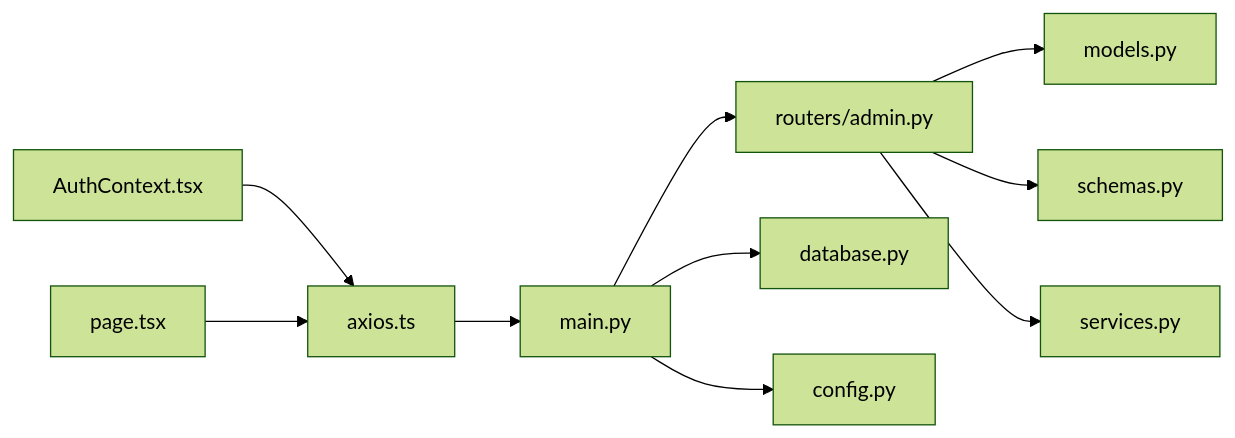
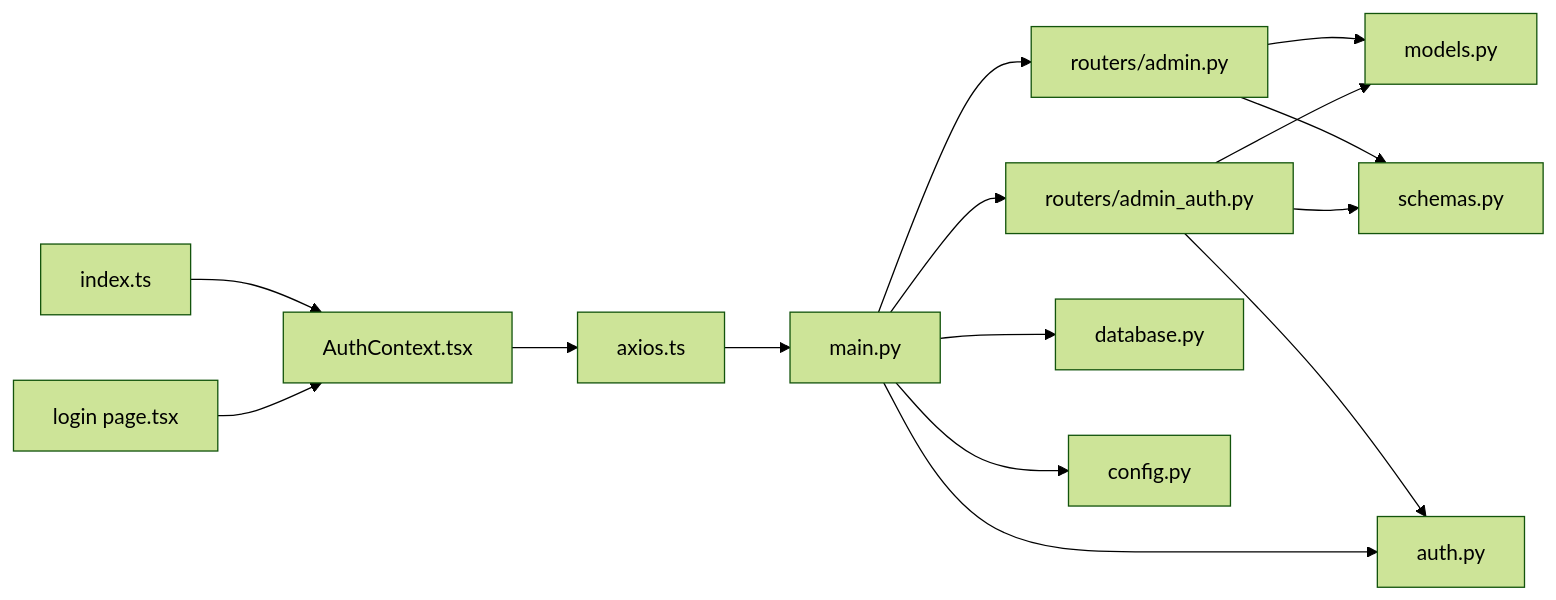
Before and after one commit to KunLabAI/KunFlix: the eighth of 8 diagrams in .qoder/repowiki/zh/content/后端开发指南/API路由系统/管理员管理API.md, drawn with Mermaid (forest theme). The commit also changed other lines of this file and 4 other files, not shown here.

````diff
--- a/.qoder/repowiki/zh/content/后端开发指南/API路由系统/管理员管理API.md
+++ b/.qoder/repowiki/zh/content/后端开发指南/API路由系统/管理员管理API.md
@@ -335,12 +491,17 @@
 ```mermaid
 graph LR
-main_py[main.py] --> routers_admin_py[routers/admin.py]
+main_py[main.py] --> routers_admin_auth_py[routers/admin_auth.py]
+main_py --> routers_admin_py[routers/admin.py]
+main_py --> auth_py[auth.py]
 main_py --> database_py[database.py]
 main_py --> config_py[config.py]
-routers_admin_py --> models_py[models.py]
-routers_admin_py --> schemas_py[schemas.py]
-routers_admin_py --> services_py[services.py]
+routers_admin_auth_py --> models_py[models.py]
+routers_admin_auth_py --> schemas_py[schemas.py]
+routers_admin_auth_py --> auth_py
+routers_admin_py --> models_py
+routers_admin_py --> schemas_py
 frontend_auth_tsx[AuthContext.tsx] --> frontend_axios_ts[axios.ts]
-frontend_page_tsx[page.tsx] --> frontend_axios_ts
+frontend_login_tsx[login page.tsx] --> frontend_auth_tsx
+frontend_types_ts[index.ts] --> frontend_auth_tsx
 frontend_axios_ts --> main_py
 ```
````
